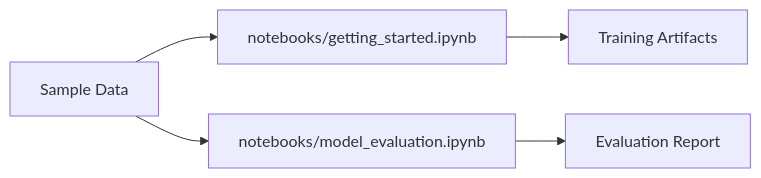
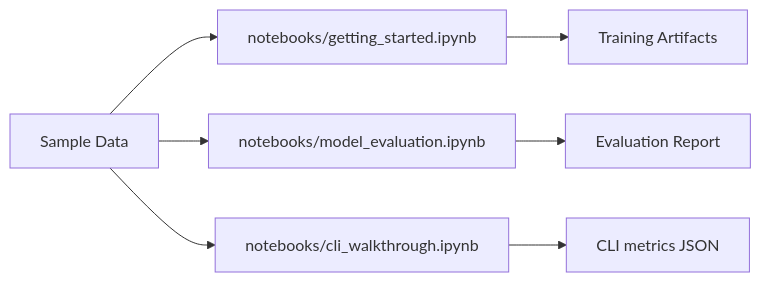
The diagram in docs/notebooks.md (yegorsokolov/BotCopier), drawn with Mermaid before and after one commit. The commit also changed other lines of this file and 10 other files, not shown here.

````diff
--- a/docs/notebooks.md
+++ b/docs/notebooks.md
@@ -8,7 +8,9 @@
 ```mermaid
 flowchart LR
     A[Sample Data] --> B[notebooks/getting_started.ipynb]
     A --> C[notebooks/model_evaluation.ipynb]
+    A --> F[notebooks/cli_walkthrough.ipynb]
     B --> D[Training Artifacts]
     C --> E[Evaluation Report]
+    F --> G[CLI metrics JSON]
 ```
````
